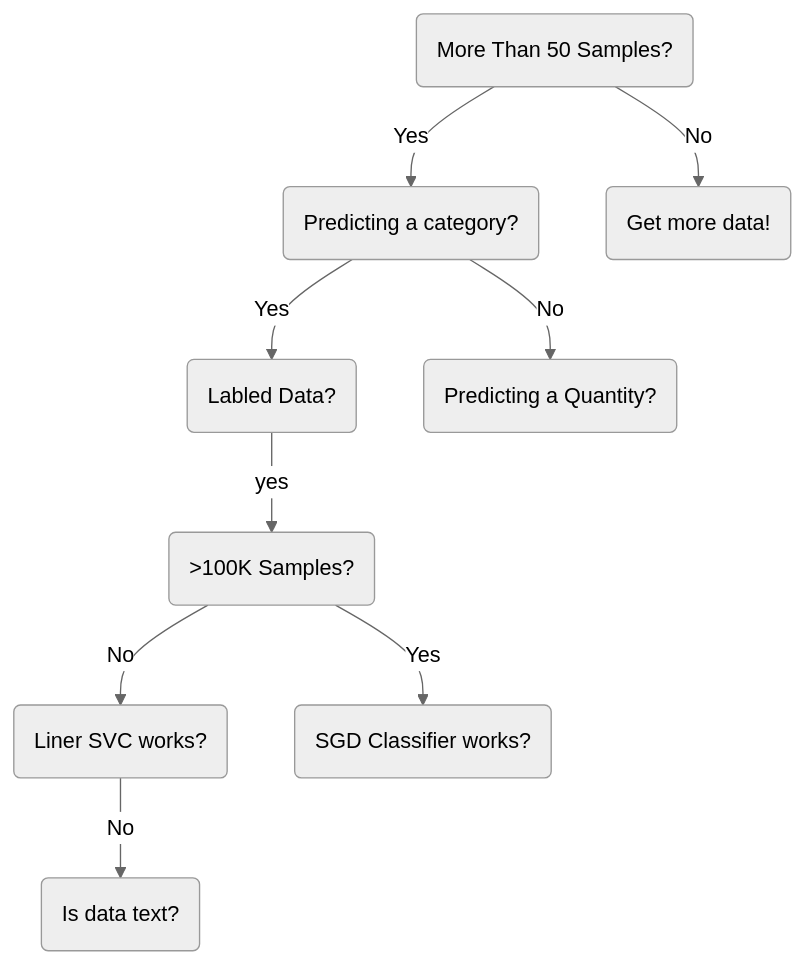
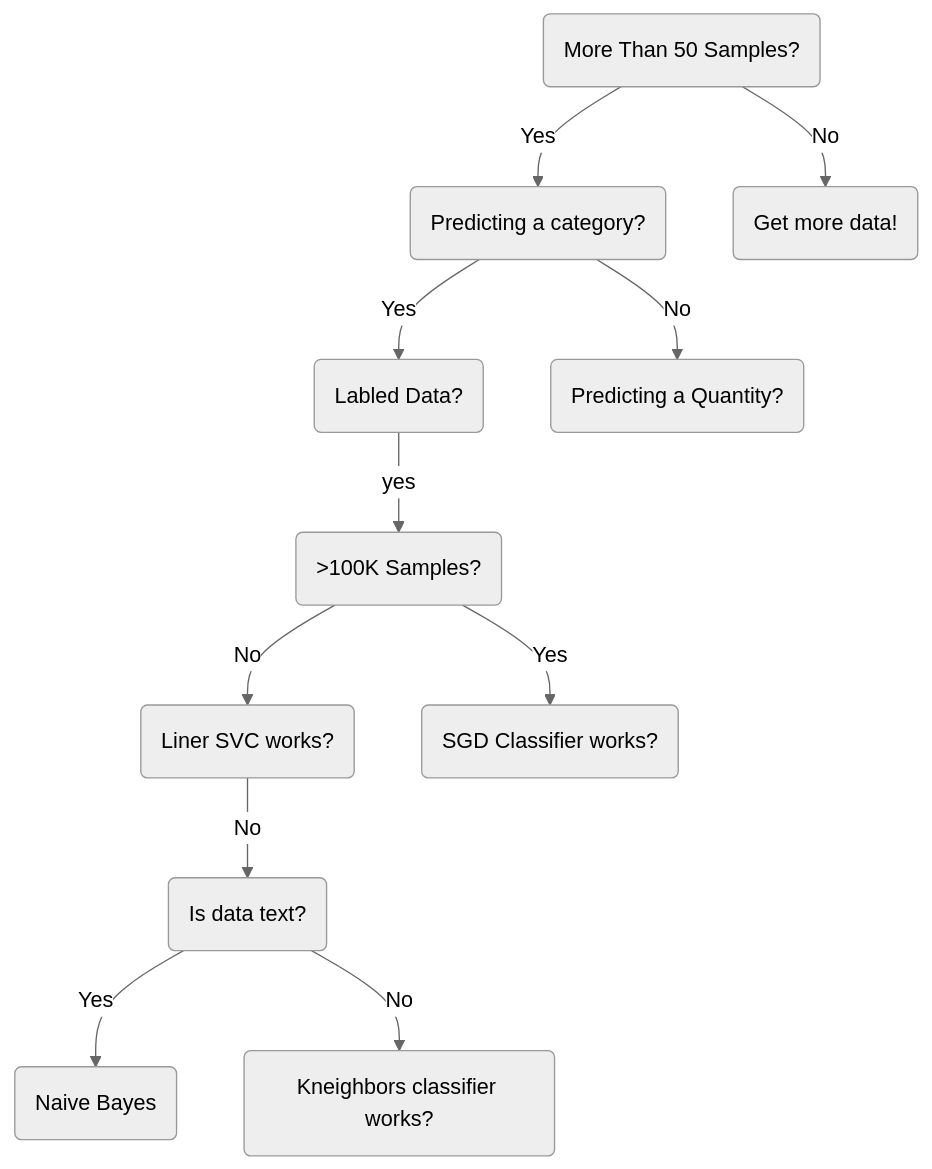
The diagram in ML_Cheatsheet.md (hwetsman/Public_Notes), drawn with Mermaid (neutral theme) before and after one commit.

````diff
--- a/ML_Cheatsheet.md
+++ b/ML_Cheatsheet.md
@@ -1,24 +1,28 @@
 ```mermaid
 flowchart TD
 id1(More Than 50 Samples?)
   id2(Predicting a category?)
     id1-->|Yes|id2
     id4(Labled Data?)
       id2-->|Yes|id4
       id6(>100K Samples?)
         id4-->|yes|id6
         id7(Liner SVC works?)
         id6-->|No|id7
         id8(SGD Classifier works?)
         id6-->|Yes|id8
           id9(Is data text?)
           id7-->|No|id9
+            id10(Naive Bayes)
+            id9-->|Yes|id10
+            id11(Kneighbors classifier works?)
+            id9-->|No|id11
     id5(Predicting a Quantity?)
       id2-->|No|id5
 
 
   id3(Get more data!)
     id1-->|No|id3
   
   
 ```
````
